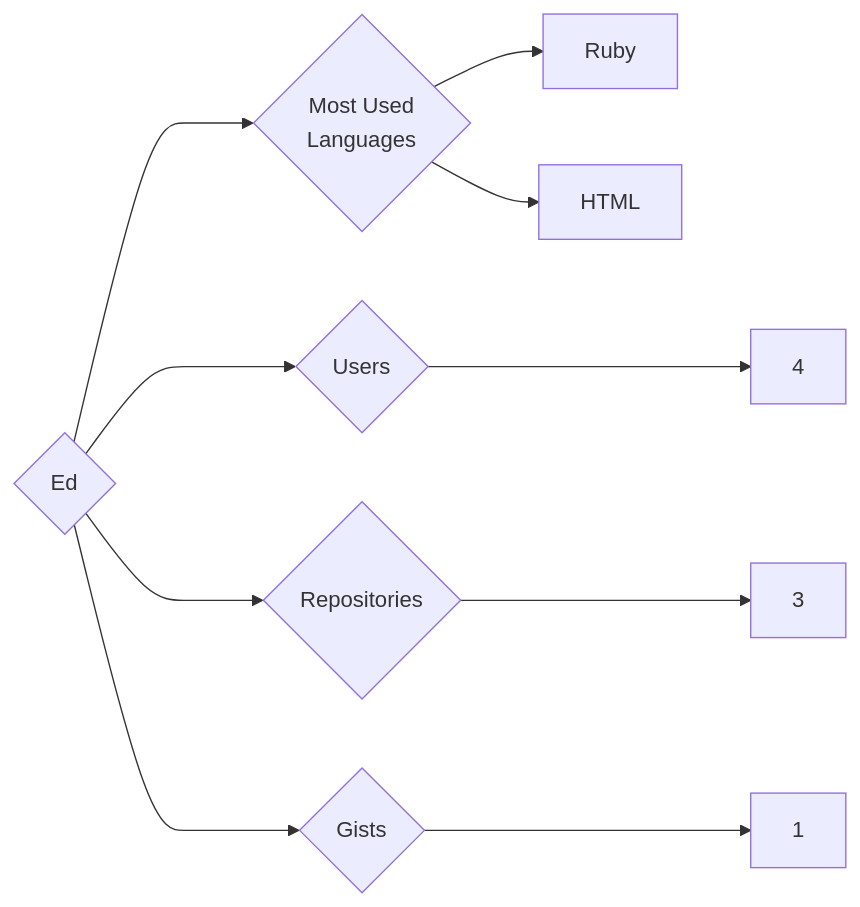
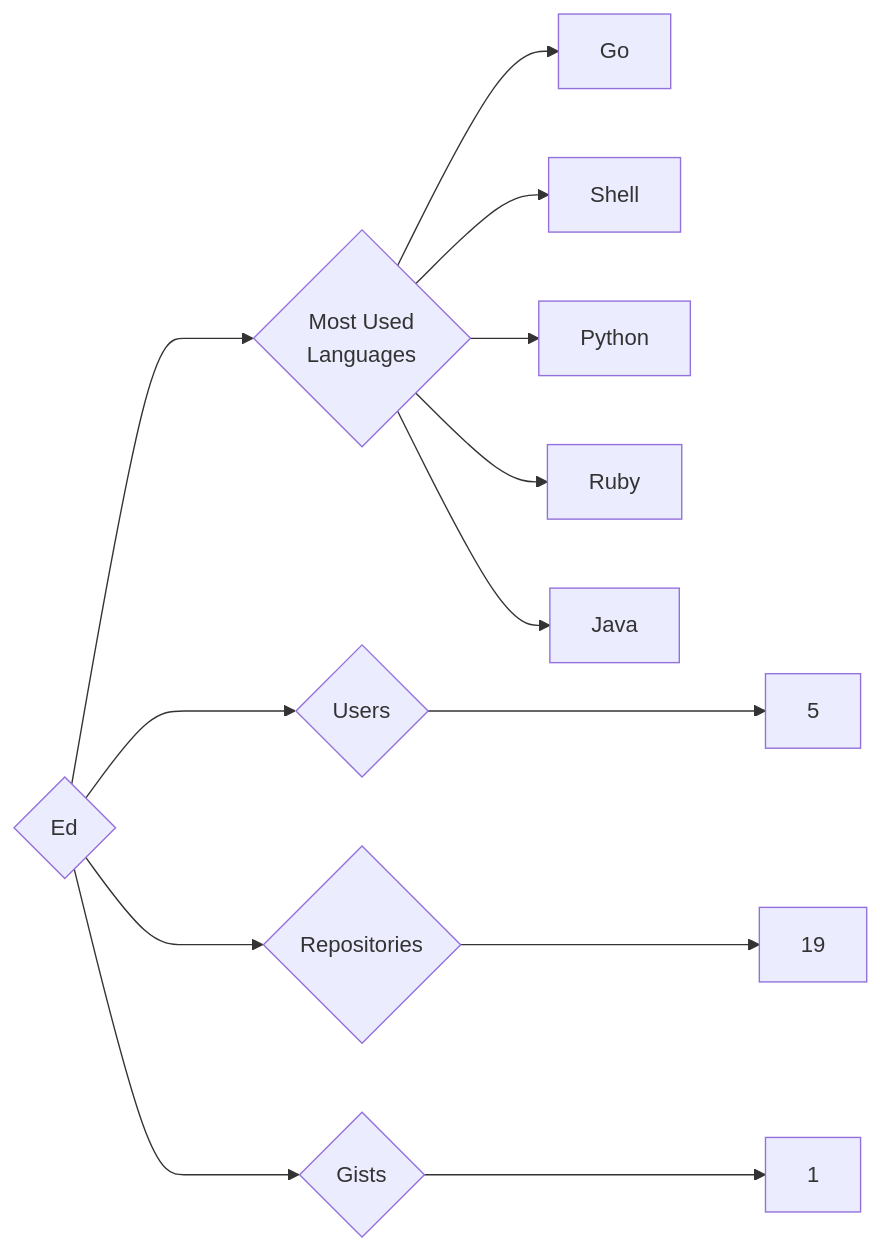
The diagram in targets/Ed/README.md (trickest/insiders), drawn with Mermaid before and after one commit. The commit also changed 865 other files, not shown here.

````diff
--- a/targets/Ed/README.md
+++ b/targets/Ed/README.md
@@ -3,10 +3,13 @@
 ```mermaid
 graph LR
 COMPANY_NAME{Ed}
-COMPANY_NAME ---> U{Users} ---> UN[4]
-COMPANY_NAME ---> R{Repositories} ---> RN[3]
+COMPANY_NAME ---> U{Users} ---> UN[5]
+COMPANY_NAME ---> R{Repositories} ---> RN[19]
 COMPANY_NAME ---> G{Gists} ---> GN[1]
 COMPANY_NAME ---> ML{Most Used<br>Languages}
+ML --> Go[Go]
+ML --> Shell[Shell]
+ML --> Python[Python]
 ML --> Ruby[Ruby]
-ML --> HTML[HTML]
+ML --> Java[Java]
 ```
````
